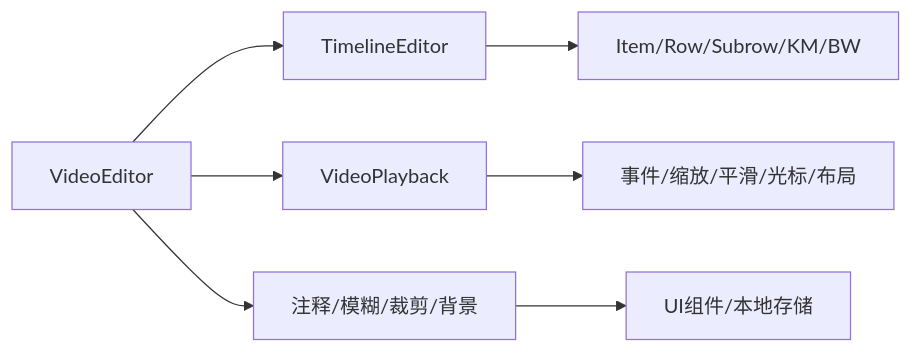
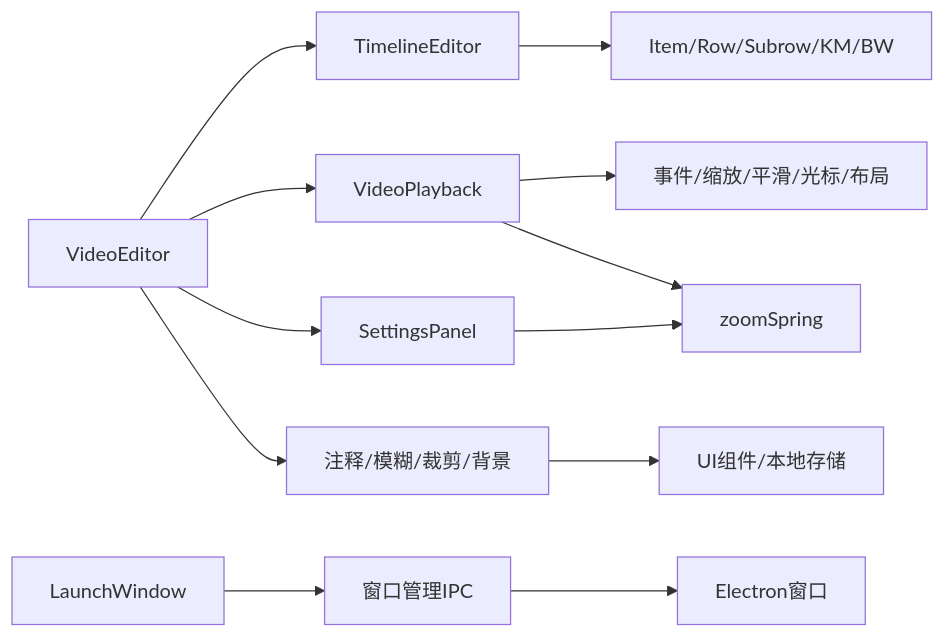
The ninth of 9 diagrams in .qoder/repowiki/zh/content/视频编辑系统/视频编辑系统.md (zhanggmin/openscreen), drawn with Mermaid before and after one commit. The commit also changed other lines of this file and 68 other files, not shown here.

Commit message:
开发图文编辑功能

````diff
--- a/.qoder/repowiki/zh/content/视频编辑系统/视频编辑系统.md
+++ b/.qoder/repowiki/zh/content/视频编辑系统/视频编辑系统.md
@@ -422,9 +553,14 @@
 ```mermaid
 graph LR
 VE["VideoEditor"] --> TL["TimelineEditor"]
 VE --> VP["VideoPlayback"]
 VE --> Tools["注释/模糊/裁剪/背景"]
+VE --> SP["SettingsPanel"]
 TL --> Items["Item/Row/Subrow/KM/BW"]
 VP --> PlayerDeps["事件/缩放/平滑/光标/布局"]
+VP --> ZS["zoomSpring"]
+SP --> ZS
 Tools --> UI["UI组件/本地存储"]
+FW["LaunchWindow"] --> IPC["窗口管理IPC"]
+IPC --> WIN["Electron窗口"]
 ```
````
